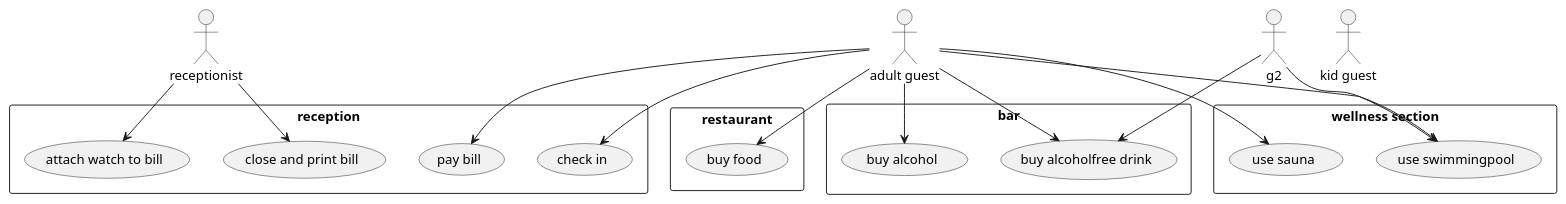
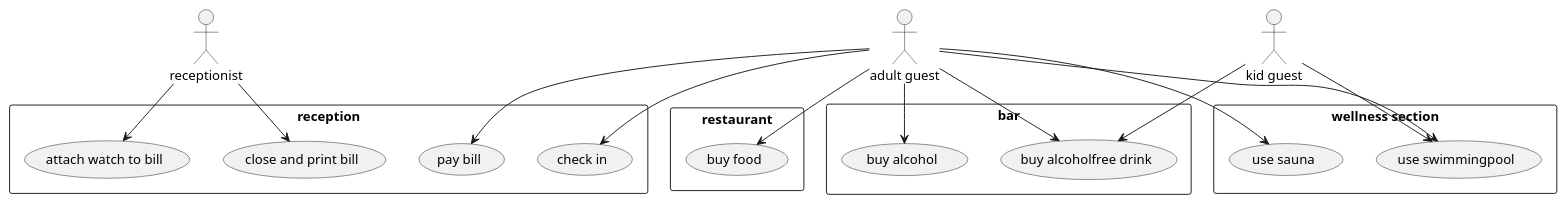
One commit to czafikm/AFP-Team-6 changed the diagram in docs/UseCase.puml. Above: the diagram before and after it, drawn with PlantUML.

Commit message:
Update UseCase.puml
javitottam egy elirast

```diff
--- a/docs/UseCase.puml
+++ b/docs/UseCase.puml
@@ -1,38 +1,38 @@
 @startuml
 :receptionist: as rec
 :adult guest: as g1
-:kid guest: as g3
+:kid guest: as g2
 
 
 rectangle bar{
  usecase "buy alcohol" as uc1
  usecase "buy alcoholfree drink" as uc2
 }
 rectangle "wellness section"{
  usecase "use sauna" as uc3
  usecase "use swimmingpool" as uc4
 }
 
 rectangle "restaurant"{
  usecase "buy food" as uc5
 }
 
 rectangle "reception"{
  usecase "check in" as uc6
  usecase "attach watch to bill" as uc7
  usecase "close and print bill" as uc8
  usecase "pay bill" as uc9
 }
 
 rec-->uc7
 rec-->uc8
 g1-->uc1
 g1-->uc2
 g1-->uc3
 g1-->uc4
 g1-->uc5
 g1-->uc6
 g1-->uc9
 g2-->uc2
 g2-->uc4
 @enduml
```
